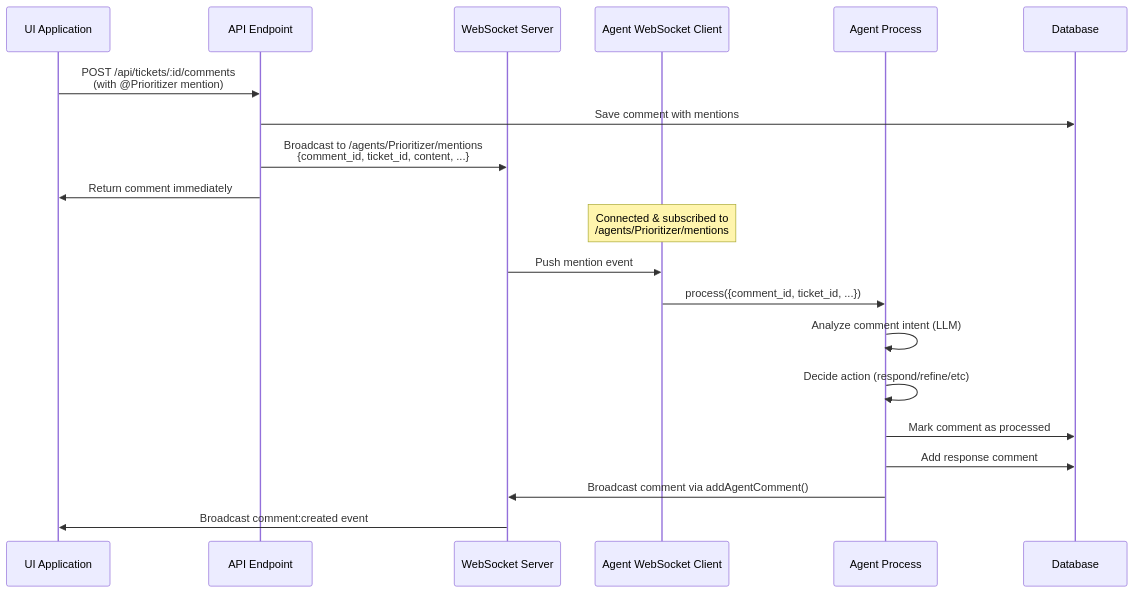
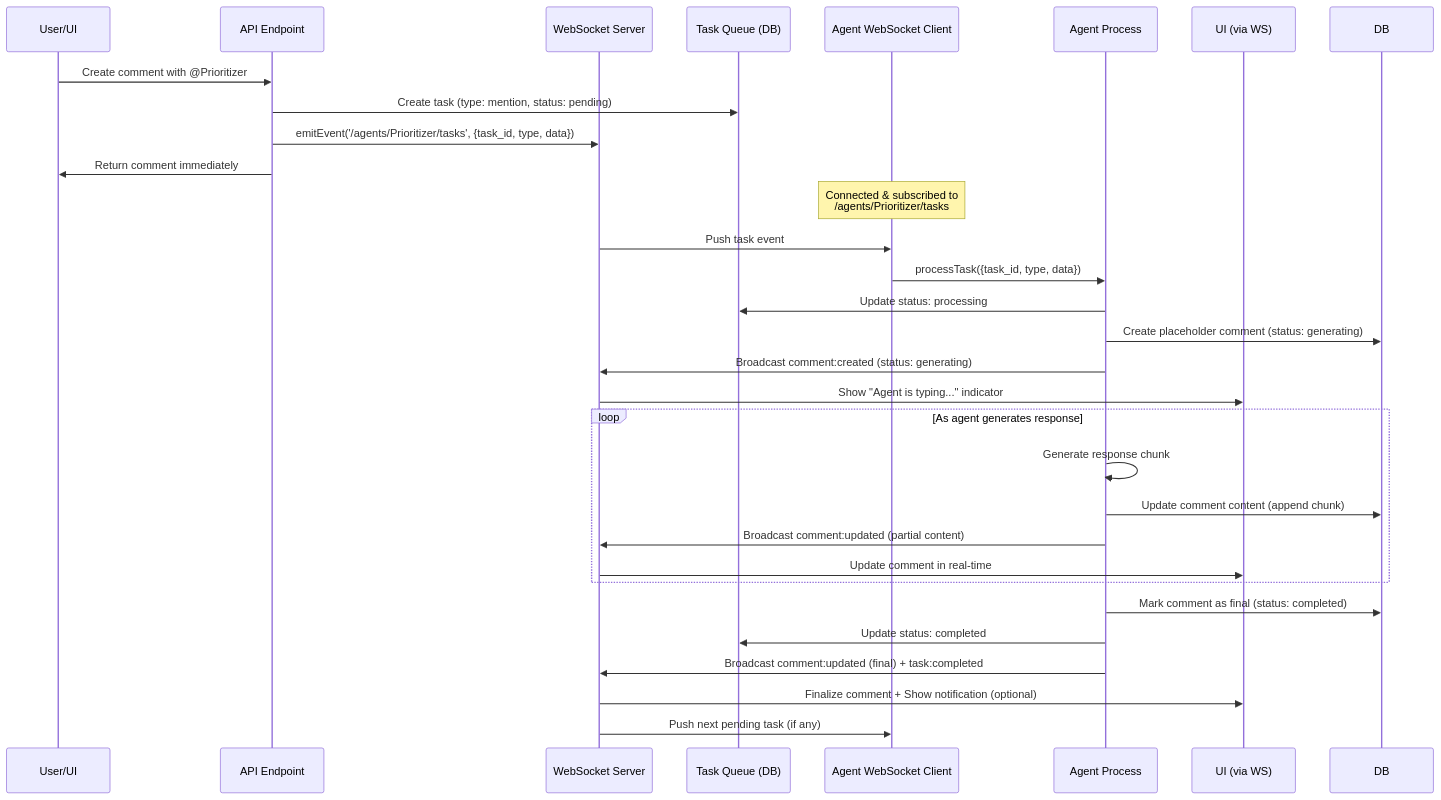
The diagram in packages/nonlinear/lib/fixtures/architecture/adr/028-agent-mention-websocket-push.md (garage44/codebrew), drawn with Mermaid before and after one commit. The commit also changed other lines of this file and 12 other files, not shown here.

````diff
--- a/packages/nonlinear/lib/fixtures/architecture/adr/028-agent-mention-websocket-push.md
+++ b/packages/nonlinear/lib/fixtures/architecture/adr/028-agent-mention-websocket-push.md
@@ -136,24 +212,36 @@
 ```mermaid
 sequenceDiagram
-    participant UI as UI Application
+    participant User as User/UI
     participant API as API Endpoint
     participant WS as WebSocket Server
+    participant TaskQueue as Task Queue (DB)
     participant AgentWS as Agent WebSocket Client
     participant Agent as Agent Process
-    participant DB as Database
+    participant UI as UI (via WS)
 
-    UI->>API: POST /api/tickets/:id/comments<br/>(with @Prioritizer mention)
-    API->>DB: Save comment with mentions
-    API->>WS: Broadcast to /agents/Prioritizer/mentions<br/>{comment_id, ticket_id, content, ...}
-    API->>UI: Return comment immediately
+    User->>API: Create comment with @Prioritizer
+    API->>TaskQueue: Create task (type: mention, status: pending)
+    API->>WS: emitEvent('/agents/Prioritizer/tasks', {task_id, type, data})
+    API->>User: Return comment immediately
 
-    Note over AgentWS: Connected & subscribed to<br/>/agents/Prioritizer/mentions
-    WS->>AgentWS: Push mention event
-    AgentWS->>Agent: process({comment_id, ticket_id, ...})
-    Agent->>Agent: Analyze comment intent (LLM)
-    Agent->>Agent: Decide action (respond/refine/etc)
-    Agent->>DB: Mark comment as processed
-    Agent->>DB: Add response comment
-    Agent->>WS: Broadcast comment via addAgentComment()
-    WS->>UI: Broadcast comment:created event
+    Note over AgentWS: Connected & subscribed to<br/>/agents/Prioritizer/tasks
+    WS->>AgentWS: Push task event
+    AgentWS->>Agent: processTask({task_id, type, data})
+    Agent->>TaskQueue: Update status: processing
+    Agent->>DB: Create placeholder comment (status: generating)
+    Agent->>WS: Broadcast comment:created (status: generating)
+    WS->>UI: Show "Agent is typing..." indicator
+
+    loop As agent generates response
+        Agent->>Agent: Generate response chunk
+        Agent->>DB: Update comment content (append chunk)
+        Agent->>WS: Broadcast comment:updated (partial content)
+        WS->>UI: Update comment in real-time
+    end
+
+    Agent->>DB: Mark comment as final (status: completed)
+    Agent->>TaskQueue: Update status: completed
+    Agent->>WS: Broadcast comment:updated (final) + task:completed
+    WS->>UI: Finalize comment + Show notification (optional)
+    WS->>AgentWS: Push next pending task (if any)
 ```
````
